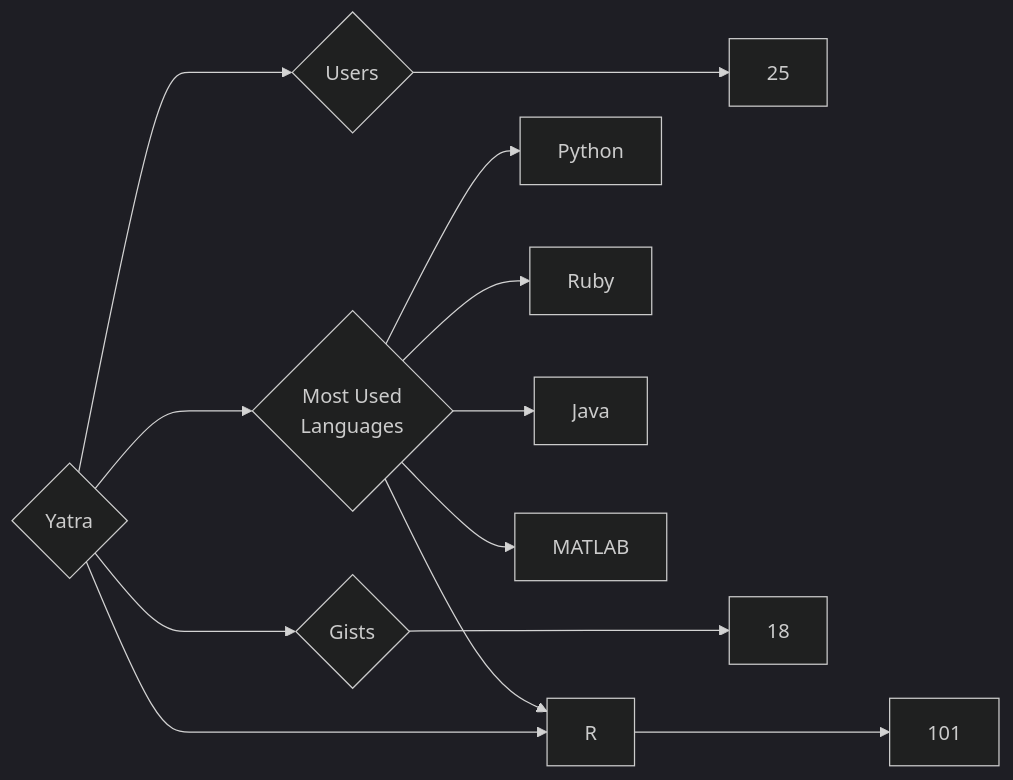
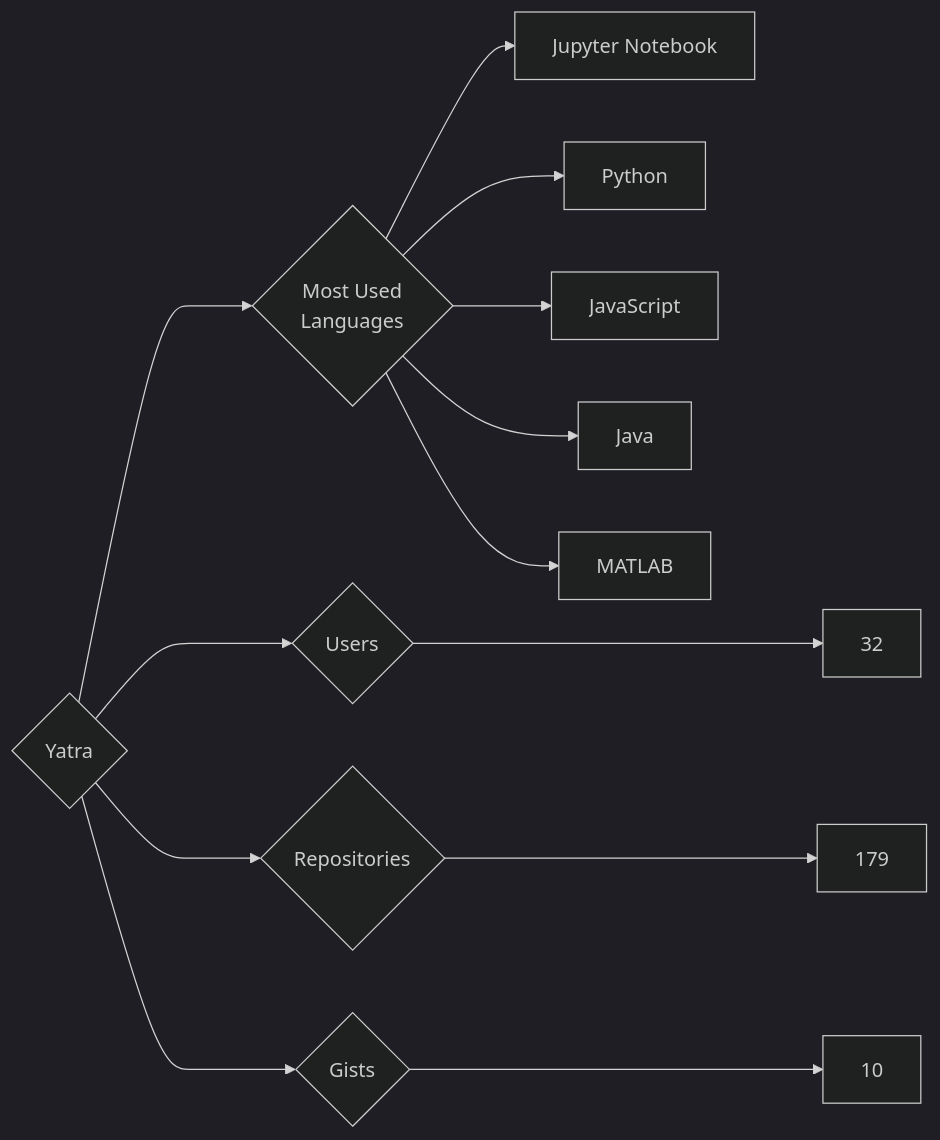
The diagram in targets/Yatra/README.md (trickest/insiders), drawn with Mermaid (dark theme) before and after one commit. The commit also changed 970 other files, not shown here.

````diff
--- a/targets/Yatra/README.md
+++ b/targets/Yatra/README.md
@@ -3,13 +3,13 @@
 ```mermaid
 graph LR
 COMPANY_NAME{Yatra}
-COMPANY_NAME ---> U{Users} ---> UN[25]
-COMPANY_NAME ---> R{Repositories} ---> RN[101]
-COMPANY_NAME ---> G{Gists} ---> GN[18]
+COMPANY_NAME ---> U{Users} ---> UN[32]
+COMPANY_NAME ---> R{Repositories} ---> RN[179]
+COMPANY_NAME ---> G{Gists} ---> GN[10]
 COMPANY_NAME ---> ML{Most Used<br>Languages}
+ML --> Jupyter_Notebook[Jupyter Notebook]
 ML --> Python[Python]
-ML --> Ruby[Ruby]
+ML --> JavaScript[JavaScript]
 ML --> Java[Java]
-ML --> R[R]
 ML --> MATLAB[MATLAB]
 ```
````
